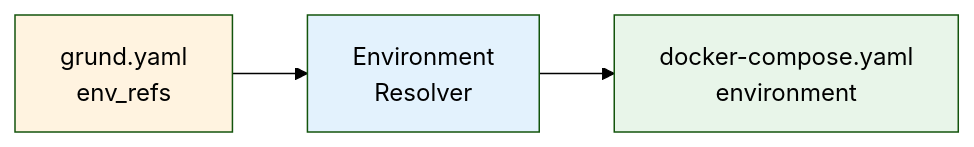
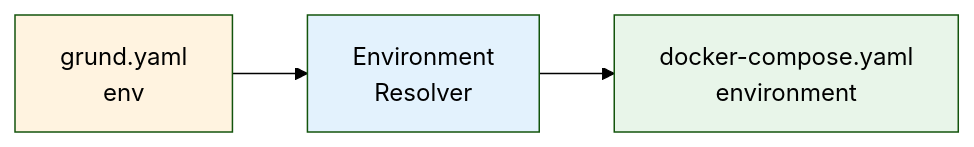
Before and after one commit to GrundIO/grund: the first of 2 diagrams in docs/wiki/placeholders.md, drawn with Mermaid (forest theme). The commit also changed other lines of this file and 26 other files, not shown here.

First line of the commit message:
fix: Allow env_refs to override default LocalStack credentials (#36)

````diff
--- a/docs/wiki/placeholders.md
+++ b/docs/wiki/placeholders.md
@@ -7,9 +7,9 @@
 ```mermaid
 flowchart LR
-    A["grund.yaml<br/>env_refs"] --> B["Environment<br/>Resolver"]
+    A["grund.yaml<br/>env"] --> B["Environment<br/>Resolver"]
     B --> C["docker-compose.yaml<br/>environment"]
 
     style A fill:#fff3e0
     style B fill:#e3f2fd
     style C fill:#e8f5e9
 ```
````
